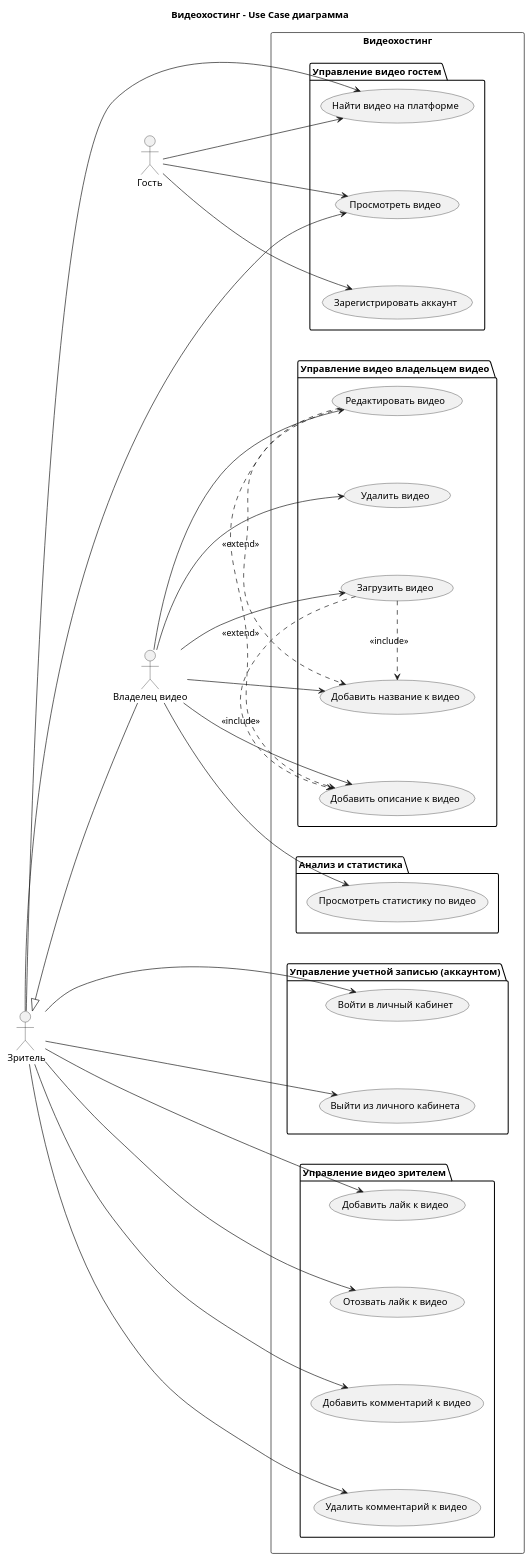
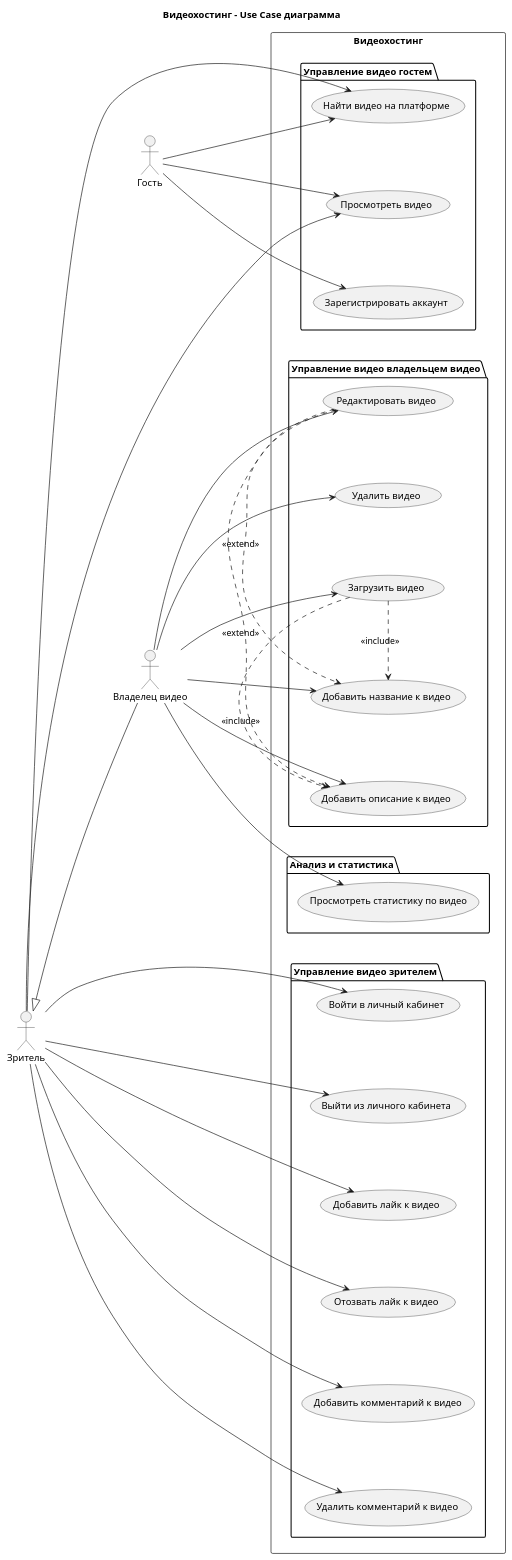
Before and after one commit to andlargesoda/Videohosting: the diagram in UseCase_v1.0.puml, drawn with PlantUML. The commit also changed 3 other files, not shown here.

```diff
--- a/UseCase_v1.0.puml
+++ b/UseCase_v1.0.puml
@@ -1,72 +1,68 @@
 @startuml
 title Видеохостинг - Use Case диаграмма
 ' Расположение акторов и use case
 skinparam ranksep 100
 skinparam nodesep 100
 left to right direction
 ' Акторы
 actor "Гость" as Guest
 actor "Владелец видео" as Author
-actor " Зритель" as Viewer
+actor "Зритель" as Viewer
 ' Владелец видео является специализацией Зрителя (имеет все его возможности + дополнительные)
 Viewer <|-- Author
 ' Варианты использования (Use cases)
 rectangle "Видеохостинг" {
     ' Варианты использования незарегистрированного пользователя (гость)
     package "Управление видео гостем" {
         usecase "Найти видео на платформе" as UC1.1.1
         usecase "Просмотреть видео" as UC1.1.2
         usecase "Зарегистрировать аккаунт" as UC1.1.3              
-    }
-    ' Варианты использования общие для зарегистрированных пользователей (владелец видео, зритель)
-    package "Управление учетной записью (аккаунтом)" {
-        usecase "Войти в личный кабинет" as UC1.1.4
-        usecase "Выйти из личного кабинета" as UC1.1.5
     }
     ' Варианты использования зарегистрированного пользователя (владелец видео)
     package "Управление видео владельцем видео" {
         usecase "Загрузить видео" as UC2.1.1
         usecase "Добавить название к видео" as UC2.1.2
         usecase "Добавить описание к видео" as UC2.1.3
         usecase "Удалить видео" as UC2.1.4
         usecase "Редактировать видео" as UC2.1.5
     }
     package "Анализ и статистика" {
         usecase "Просмотреть статистику по видео" as UC2.2.1  
     }
     ' Варианты использования зарегистрированного пользователя (зритель)
     package "Управление видео зрителем" {
-        usecase "Добавить лайк к видео" as UC3.1.1
-        usecase "Отозвать лайк к видео" as UC3.1.2
-        usecase "Добавить комментарий к видео" as UC3.1.3
-        usecase "Удалить комментарий к видео" as UC3.1.4 
+        usecase "Войти в личный кабинет" as UC3.1.1
+        usecase "Выйти из личного кабинета" as UC3.1.2        
+        usecase "Добавить лайк к видео" as UC3.1.3
+        usecase "Отозвать лайк к видео" as UC3.1.4
+        usecase "Добавить комментарий к видео" as UC3.1.5
+        usecase "Удалить комментарий к видео" as UC3.1.6 
     }
 }
 ' Отношения незарегистрированного пользователя (гость)
 Guest --> UC1.1.1
 Guest --> UC1.1.2
 Guest --> UC1.1.3
-' Отношения Общие для зарегистрированных пользователей (владелец видео, зритель)
-Viewer --> UC1.1.4
-Viewer --> UC1.1.5
 ' Отношения зарегистрированного пользователя (владелец видео)
 Author --> UC2.1.1
 Author --> UC2.1.2
 Author --> UC2.1.3
 Author --> UC2.1.4
 Author --> UC2.1.5
 Author --> UC2.2.1
 ' Включения зарегистрированного пользователя (владелец видео)
 UC2.1.1 .> UC2.1.2 : <<include>>
 UC2.1.1 .> UC2.1.3 : <<include>>
 ' Расширения зарегистрированного пользователя (владелец видео)
 UC2.1.5 .> UC2.1.2 : <<extend>>
 UC2.1.5 .> UC2.1.3 : <<extend>>
 ' Отношения зарегистрированного пользователя (зритель)
 Viewer --> UC1.1.1
 Viewer --> UC1.1.2
 Viewer --> UC3.1.1
 Viewer --> UC3.1.2
 Viewer --> UC3.1.3
 Viewer --> UC3.1.4
+Viewer --> UC3.1.5
+Viewer --> UC3.1.6
 @enduml
```
